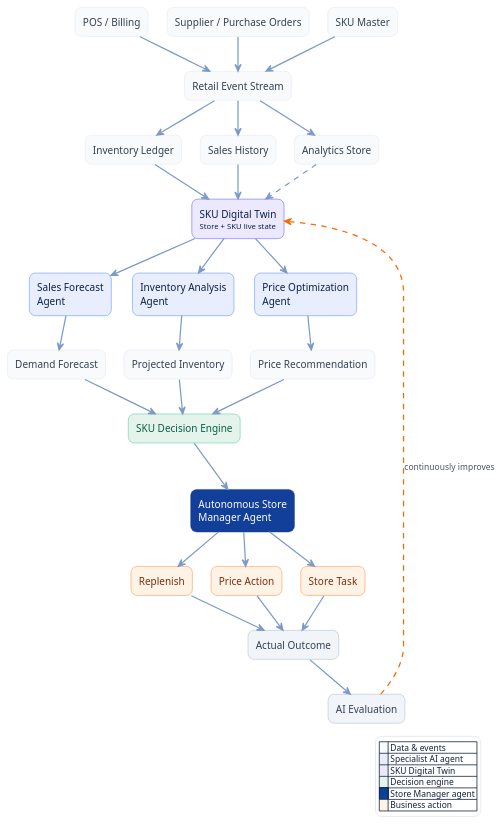
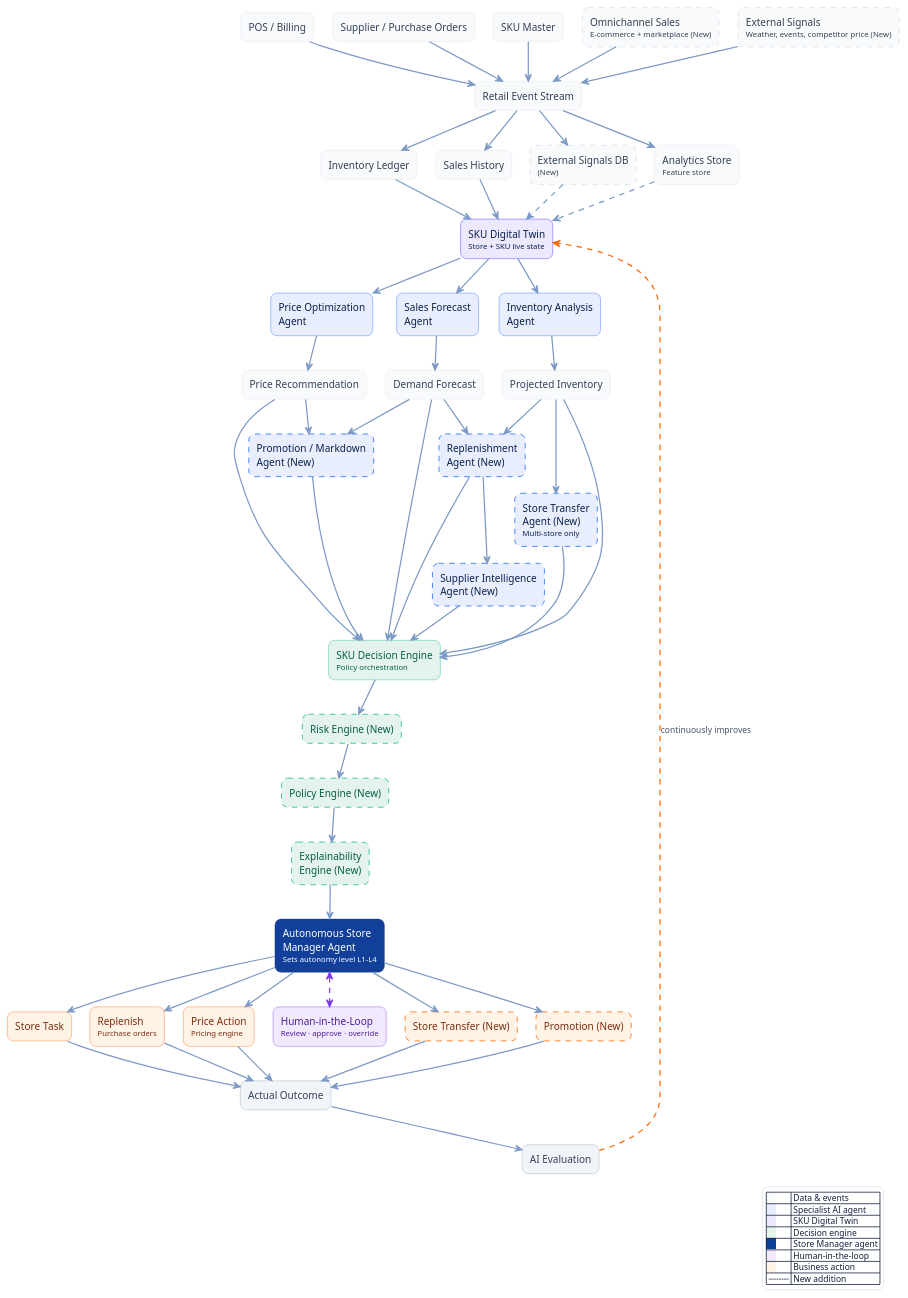
The diagram in diagrams/architecture.puml (ronak-springboot-dev/autonomous-store-management-system), drawn with PlantUML before and after one commit. The commit also changed 3 other files, not shown here.

```diff
--- a/diagrams/architecture.puml
+++ b/diagrams/architecture.puml
@@ -1,102 +1,145 @@
 @startuml architecture
 skinparam backgroundColor transparent
 skinparam shadowing false
 skinparam defaultFontName Manrope, Segoe UI, Arial
 skinparam defaultFontSize 13
 skinparam defaultFontColor #12203A
 skinparam ArrowColor #7C9AC5
 skinparam ArrowThickness 1.6
 skinparam ArrowFontSize 11
 skinparam ArrowFontColor #475569
 skinparam roundcorner 16
 skinparam nodesep 24
 skinparam ranksep 44
 skinparam legendBackgroundColor #FFFFFF
 skinparam legendBorderColor #DFE6F0
 skinparam legendFontSize 11
 
 ' -- data / event nodes (neutral slate) --
 rectangle "POS / Billing" as POS_BILLING [[#POS_BILLING]] #F8FAFC;line:D7E0EB;text:334155
 rectangle "Supplier / Purchase Orders" as SUPPLIER_PO [[#SUPPLIER_PO]] #F8FAFC;line:D7E0EB;text:334155
 rectangle "SKU Master" as SKU_MASTER [[#SKU_MASTER]] #F8FAFC;line:D7E0EB;text:334155
+rectangle "Omnichannel Sales\n<size:10>E-commerce + marketplace (New)</size>" as OMNICHANNEL [[#OMNICHANNEL]] #F8FAFC;line:D7E0EB;line.dashed;text:334155
+rectangle "External Signals\n<size:10>Weather, events, competitor price (New)</size>" as EXTERNAL_SIGNALS [[#EXTERNAL_SIGNALS]] #F8FAFC;line:D7E0EB;line.dashed;text:334155
 
 rectangle "Retail Event Stream" as EVENT_STREAM [[#EVENT_STREAM]] #F8FAFC;line:D7E0EB;text:334155
 
 rectangle "Inventory Ledger" as INVENTORY_LEDGER [[#INVENTORY_LEDGER]] #F8FAFC;line:D7E0EB;text:334155
 rectangle "Sales History" as SALES_HISTORY [[#SALES_HISTORY]] #F8FAFC;line:D7E0EB;text:334155
-rectangle "Analytics Store" as ANALYTICS_STORE [[#ANALYTICS_STORE]] #F8FAFC;line:D7E0EB;text:334155
+rectangle "External Signals DB\n<size:10>(New)</size>" as EXTERNAL_SIGNALS_DB [[#EXTERNAL_SIGNALS_DB]] #F8FAFC;line:D7E0EB;line.dashed;text:334155
+rectangle "Analytics Store\n<size:10>Feature store</size>" as ANALYTICS_STORE [[#ANALYTICS_STORE]] #F8FAFC;line:D7E0EB;text:334155
 
 ' -- SKU digital twin (indigo) --
 rectangle "SKU Digital Twin\n<size:10>Store + SKU live state</size>" as SKU_DIGITAL_TWIN [[#SKU_DIGITAL_TWIN]] #ECE9FF;line:2D1FFF;text:0B2148
 
-' -- 3 specialist agents (blue) --
+' -- 3 existing specialist agents (blue) --
 rectangle "Sales Forecast\nAgent" as SALES_FORECAST_AGENT [[#SALES_FORECAST_AGENT]] #E9EEFF;line:1C69FF;text:0B2148
 rectangle "Inventory Analysis\nAgent" as INVENTORY_AGENT [[#INVENTORY_AGENT]] #E9EEFF;line:1C69FF;text:0B2148
 rectangle "Price Optimization\nAgent" as PRICE_AGENT [[#PRICE_AGENT]] #E9EEFF;line:1C69FF;text:0B2148
 
 rectangle "Demand Forecast" as DEMAND_FORECAST [[#DEMAND_FORECAST]] #F8FAFC;line:D7E0EB;text:334155
 rectangle "Projected Inventory" as PROJECTED_INVENTORY [[#PROJECTED_INVENTORY]] #F8FAFC;line:D7E0EB;text:334155
 rectangle "Price Recommendation" as PRICE_RECOMMENDATION [[#PRICE_RECOMMENDATION]] #F8FAFC;line:D7E0EB;text:334155
 
-' -- decision engine (green) --
-rectangle "SKU Decision Engine" as DECISION_ENGINE [[#DECISION_ENGINE]] #E4F4EC;line:10B981;text:065F46
+' -- 4 new autonomous agents (blue, dashed = New) --
+rectangle "Replenishment\nAgent (New)" as REPLENISHMENT_AGENT [[#REPLENISHMENT_AGENT]] #E9EEFF;line:1C69FF;line.dashed;text:0B2148
+rectangle "Supplier Intelligence\nAgent (New)" as SUPPLIER_INTEL_AGENT [[#SUPPLIER_INTEL_AGENT]] #E9EEFF;line:1C69FF;line.dashed;text:0B2148
+rectangle "Store Transfer\nAgent (New)\n<size:10>Multi-store only</size>" as STORE_TRANSFER_AGENT [[#STORE_TRANSFER_AGENT]] #E9EEFF;line:1C69FF;line.dashed;text:0B2148
+rectangle "Promotion / Markdown\nAgent (New)" as PROMOTION_AGENT [[#PROMOTION_AGENT]] #E9EEFF;line:1C69FF;line.dashed;text:0B2148
+
+' -- decision & autonomy layer (green; new sub-engines dashed) --
+rectangle "SKU Decision Engine\n<size:10>Policy orchestration</size>" as DECISION_ENGINE [[#DECISION_ENGINE]] #E4F4EC;line:10B981;text:065F46
+rectangle "Risk Engine (New)" as RISK_ENGINE [[#RISK_ENGINE]] #E4F4EC;line:10B981;line.dashed;text:065F46
+rectangle "Policy Engine (New)" as POLICY_ENGINE [[#POLICY_ENGINE]] #E4F4EC;line:10B981;line.dashed;text:065F46
+rectangle "Explainability\nEngine (New)" as EXPLAINABILITY_ENGINE [[#EXPLAINABILITY_ENGINE]] #E4F4EC;line:10B981;line.dashed;text:065F46
 
 ' -- manager agent (deep navy, filled) --
-rectangle "Autonomous Store\nManager Agent" as MANAGER_AGENT [[#MANAGER_AGENT]] #113F99;line:143678;text:FFFFFF
+rectangle "Autonomous Store\nManager Agent\n<size:10>Sets autonomy level L1-L4</size>" as MANAGER_AGENT [[#MANAGER_AGENT]] #113F99;line:143678;text:FFFFFF
 
-' -- business actions (orange) --
-rectangle "Replenish" as REPLENISH [[#REPLENISH]] #FFF3E6;line:FF6600;text:7C2D12
-rectangle "Price Action" as PRICE_ACTION [[#PRICE_ACTION]] #FFF3E6;line:FF6600;text:7C2D12
+' -- human in the loop (purple) --
+rectangle "Human-in-the-Loop\n<size:10>Review · approve · override</size>" as HUMAN_IN_LOOP [[#HUMAN_IN_LOOP]] #F1EAFE;line:7C3AED;text:4C1D95
+
+' -- business actions / execution layer (orange; new actions dashed) --
+rectangle "Replenish\n<size:10>Purchase orders</size>" as REPLENISH [[#REPLENISH]] #FFF3E6;line:FF6600;text:7C2D12
+rectangle "Price Action\n<size:10>Pricing engine</size>" as PRICE_ACTION [[#PRICE_ACTION]] #FFF3E6;line:FF6600;text:7C2D12
+rectangle "Store Transfer (New)" as STORE_TRANSFER_ACTION [[#STORE_TRANSFER_ACTION]] #FFF3E6;line:FF6600;line.dashed;text:7C2D12
+rectangle "Promotion (New)" as PROMOTION_ACTION [[#PROMOTION_ACTION]] #FFF3E6;line:FF6600;line.dashed;text:7C2D12
 rectangle "Store Task" as STORE_TASK [[#STORE_TASK]] #FFF3E6;line:FF6600;text:7C2D12
 
 ' -- feedback loop (neutral slate) --
 rectangle "Actual Outcome" as ACTUAL_OUTCOME [[#ACTUAL_OUTCOME]] #F1F5F9;line:94A3B8;text:334155
 rectangle "AI Evaluation" as AI_EVALUATION [[#AI_EVALUATION]] #F1F5F9;line:94A3B8;text:334155
 
 POS_BILLING --> EVENT_STREAM
 SUPPLIER_PO --> EVENT_STREAM
 SKU_MASTER --> EVENT_STREAM
+OMNICHANNEL --> EVENT_STREAM
+EXTERNAL_SIGNALS --> EVENT_STREAM
 
 EVENT_STREAM --> INVENTORY_LEDGER
 EVENT_STREAM --> SALES_HISTORY
+EVENT_STREAM --> EXTERNAL_SIGNALS_DB
 EVENT_STREAM --> ANALYTICS_STORE
 
 INVENTORY_LEDGER --> SKU_DIGITAL_TWIN
 SALES_HISTORY --> SKU_DIGITAL_TWIN
+EXTERNAL_SIGNALS_DB ..> SKU_DIGITAL_TWIN
 ANALYTICS_STORE ..> SKU_DIGITAL_TWIN
 
 SKU_DIGITAL_TWIN --> SALES_FORECAST_AGENT
 SKU_DIGITAL_TWIN --> INVENTORY_AGENT
 SKU_DIGITAL_TWIN --> PRICE_AGENT
 
 SALES_FORECAST_AGENT --> DEMAND_FORECAST
 INVENTORY_AGENT --> PROJECTED_INVENTORY
 PRICE_AGENT --> PRICE_RECOMMENDATION
 
+DEMAND_FORECAST --> REPLENISHMENT_AGENT
+PROJECTED_INVENTORY --> REPLENISHMENT_AGENT
+REPLENISHMENT_AGENT --> SUPPLIER_INTEL_AGENT
+PROJECTED_INVENTORY --> STORE_TRANSFER_AGENT
+DEMAND_FORECAST --> PROMOTION_AGENT
+PRICE_RECOMMENDATION --> PROMOTION_AGENT
+
 DEMAND_FORECAST --> DECISION_ENGINE
 PROJECTED_INVENTORY --> DECISION_ENGINE
 PRICE_RECOMMENDATION --> DECISION_ENGINE
+REPLENISHMENT_AGENT --> DECISION_ENGINE
+SUPPLIER_INTEL_AGENT --> DECISION_ENGINE
+STORE_TRANSFER_AGENT --> DECISION_ENGINE
+PROMOTION_AGENT --> DECISION_ENGINE
 
-DECISION_ENGINE --> MANAGER_AGENT
+DECISION_ENGINE --> RISK_ENGINE
+RISK_ENGINE --> POLICY_ENGINE
+POLICY_ENGINE --> EXPLAINABILITY_ENGINE
+EXPLAINABILITY_ENGINE --> MANAGER_AGENT
+
+MANAGER_AGENT <.[#7C3AED].> HUMAN_IN_LOOP
 
 MANAGER_AGENT --> REPLENISH
 MANAGER_AGENT --> PRICE_ACTION
+MANAGER_AGENT --> STORE_TRANSFER_ACTION
+MANAGER_AGENT --> PROMOTION_ACTION
 MANAGER_AGENT --> STORE_TASK
 
 REPLENISH --> ACTUAL_OUTCOME
 PRICE_ACTION --> ACTUAL_OUTCOME
+STORE_TRANSFER_ACTION --> ACTUAL_OUTCOME
+PROMOTION_ACTION --> ACTUAL_OUTCOME
 STORE_TASK --> ACTUAL_OUTCOME
 
 ACTUAL_OUTCOME --> AI_EVALUATION
 AI_EVALUATION .[#FF6600].> SKU_DIGITAL_TWIN : continuously improves
 
 legend right
   |<back:#F8FAFC>    </back>| Data & events |
   |<back:#E9EEFF>    </back>| Specialist AI agent |
   |<back:#ECE9FF>    </back>| SKU Digital Twin |
   |<back:#E4F4EC>    </back>| Decision engine |
   |<back:#113F99>    </back>| Store Manager agent |
+  |<back:#F1EAFE>    </back>| Human-in-the-loop |
   |<back:#FFF3E6>    </back>| Business action |
+  | ╌╌╌╌ | New addition |
 endlegend
 
 @enduml
```
